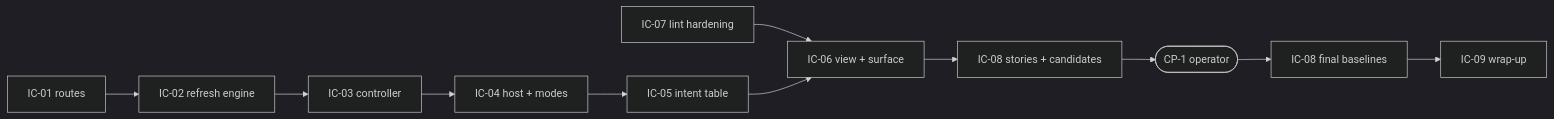
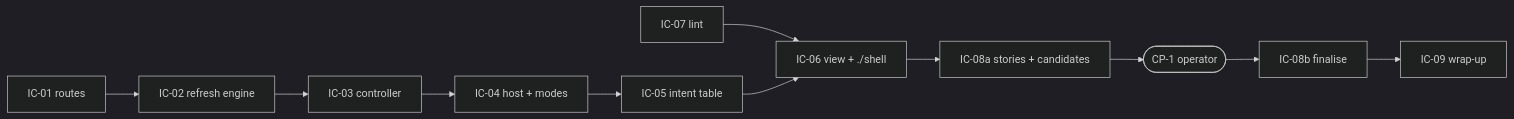
Before and after one commit to MOES-Media/kitty-mission-ui: the second of 2 diagrams in kitty-specs/mission-shell-01M50D2J/plan.md, drawn with Mermaid (dark theme). The commit also changed other lines of this file and 9 other files, not shown here.

````diff
--- a/kitty-specs/mission-shell-01M50D2J/plan.md
+++ b/kitty-specs/mission-shell-01M50D2J/plan.md
@@ -452,5 +447,5 @@
 ```mermaid
 flowchart LR
-  IC07[IC-07 lint hardening] --> IC06
-  IC01[IC-01 routes] --> IC02[IC-02 refresh engine] --> IC03[IC-03 controller] --> IC04[IC-04 host + modes] --> IC05[IC-05 intent table] --> IC06[IC-06 view + surface] --> IC08a[IC-08 stories + candidates] --> CP1([CP-1 operator]) --> IC08b[IC-08 final baselines] --> IC09[IC-09 wrap-up]
+  IC07[IC-07 lint] --> IC06
+  IC01[IC-01 routes] --> IC02[IC-02 refresh engine] --> IC03[IC-03 controller] --> IC04[IC-04 host + modes] --> IC05[IC-05 intent table] --> IC06[IC-06 view + ./shell] --> IC08a[IC-08a stories + candidates] --> CP1([CP-1 operator]) --> IC08b[IC-08b finalise] --> IC09[IC-09 wrap-up]
 ```
````
